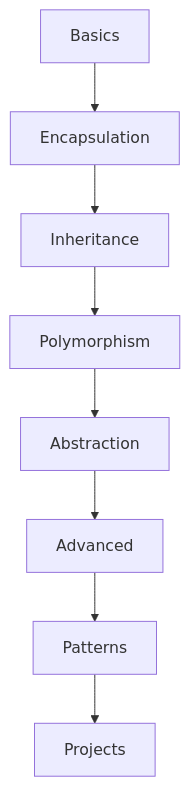
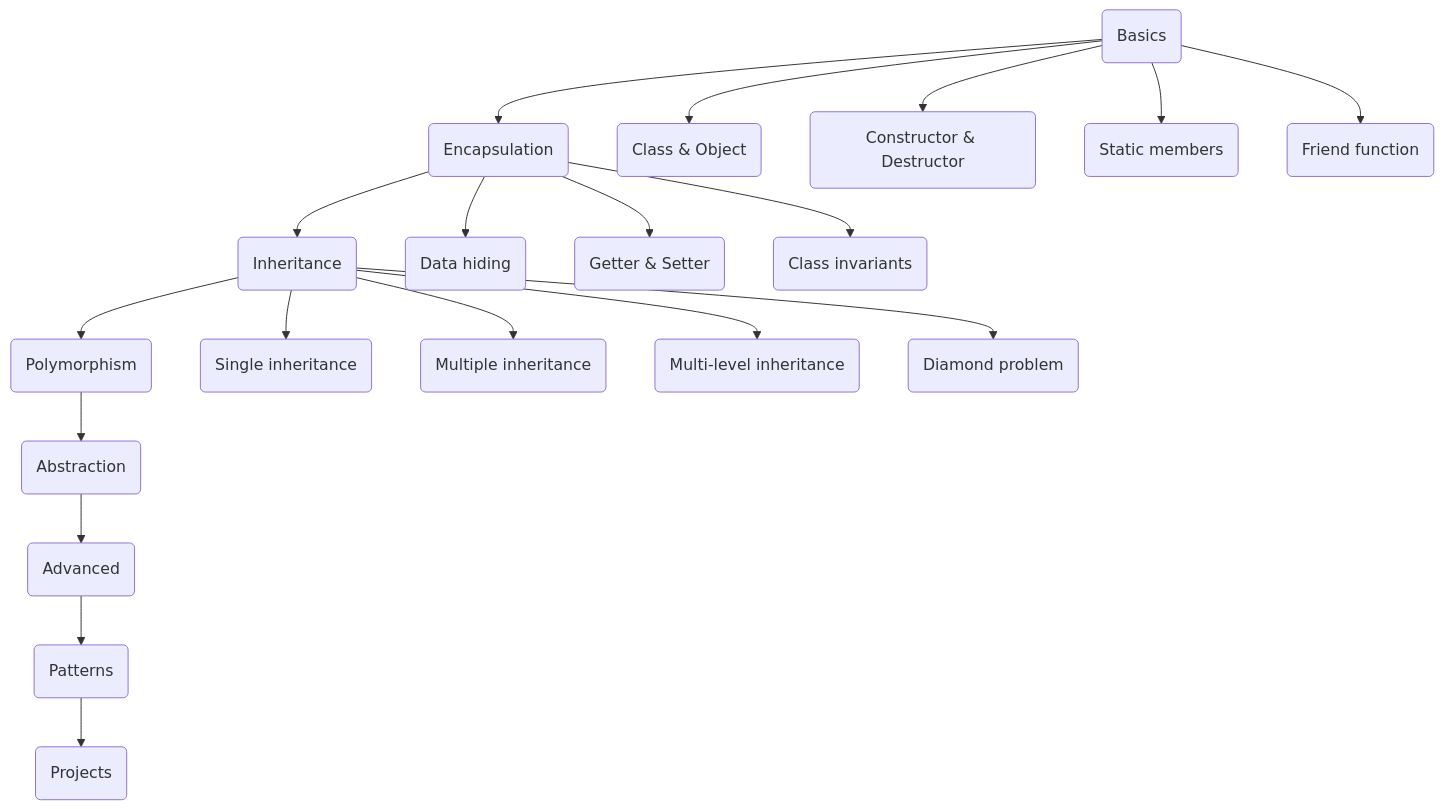
Before and after one commit to AarambhaAnta/oops: the diagram in README.md, drawn with Mermaid.

Commit message:
docs(README): update mermaid diagram code with subnode for files

````diff
--- a/README.md
+++ b/README.md
@@ -349,19 +349,47 @@
 ```mermaid
 graph TD
-    A[Basics]
-    B[Encapsulation]
-    C[Inheritance]
-    D[Polymorphism]
-    E[Abstraction]
-    F[Advanced]
-    G[Patterns]
-    H[Projects]
+    A(Basics)
+    B(Encapsulation)
+    C(Inheritance)
+    D(Polymorphism)
+    E(Abstraction)
+    F(Advanced)
+    G(Patterns)
+    H(Projects)
+
+    A1(Class & Object)
+    A2(Constructor & Destructor)
+    A3(Static members)
+    A4(Friend function)
+
+    B1(Data hiding)
+    B2(Getter & Setter)
+    B3(Class invariants)
+
+    C1(Single inheritance)
+    C2(Multiple inheritance)
+    C3(Multi-level inheritance)
+    C4(Diamond problem)
 
     A-->B
+    A-->A1
+    A-->A2
+    A-->A3
+    A-->A4
+
     B-->C
+    B-->B1
+    B-->B2
+    B-->B3
+
     C-->D
+    C-->C1
+    C-->C2
+    C-->C3
+    C-->C4
+    
     D-->E
     E-->F
     F-->G
     G-->H
 ```
````
